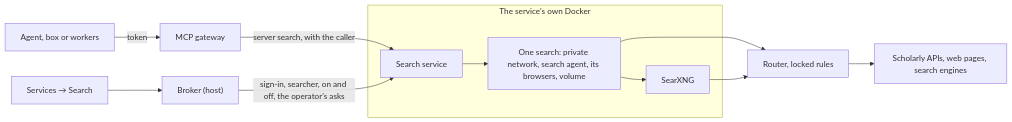
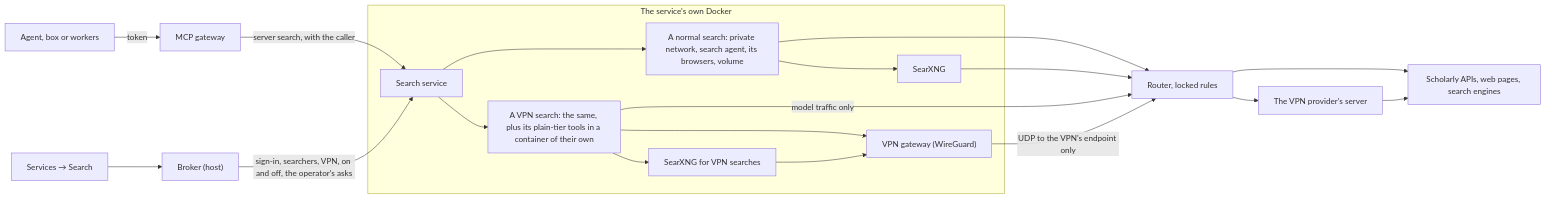
One commit to joaopn/research-sandbox changed the diagram in docs/architecture/Search.md. Above: the diagram before and after it, drawn with Mermaid. The commit also changed other lines of this file and 5 other files, not shown here.

First line of the commit message:
feat(webui): Search's settings edit a list of searchers and a WireGuard VPN, and Quick Search picks a searcher

````diff
--- a/docs/architecture/Search.md
+++ b/docs/architecture/Search.md
@@ -22,14 +22,22 @@
 ```mermaid
 flowchart LR
   agent["Agent, box or workers"] -->|"token"| gateway["MCP gateway"]
   gateway -->|"server search, with the caller"| service["Search service"]
   page["Services → Search"] --> broker["Broker (host)"]
-  broker -->|"sign-in, searcher, on and off, the operator's asks"| service
+  broker -->|"sign-in, searchers, VPN, on and off, the operator's asks"| service
   subgraph inner["The service's own Docker"]
-    service --> search1["One search: private network, search agent, its browsers, volume"]
+    service --> search1["A normal search: private network, search agent, its browsers, volume"]
     search1 --> searxng["SearXNG"]
+    service --> search2["A VPN search: the same, plus its plain-tier tools in a container of their own"]
+    search2 --> searxng2["SearXNG for VPN searches"]
+    search2 --> wg["VPN gateway (WireGuard)"]
+    searxng2 --> wg
   end
   search1 --> router["Router, locked rules"]
   searxng --> router
+  search2 -->|"model traffic only"| router
+  wg -->|"UDP to the VPN's endpoint only"| router
   router --> web["Scholarly APIs, web pages, search engines"]
+  router --> vpnserver["The VPN provider's server"]
+  vpnserver --> web
 ```
````
